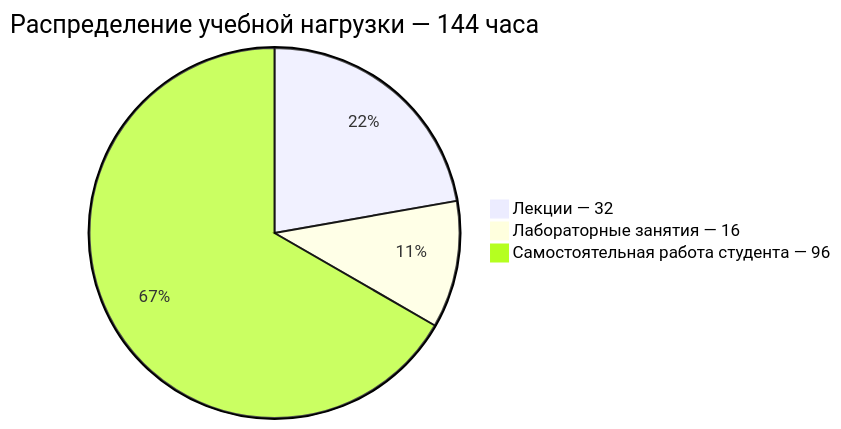
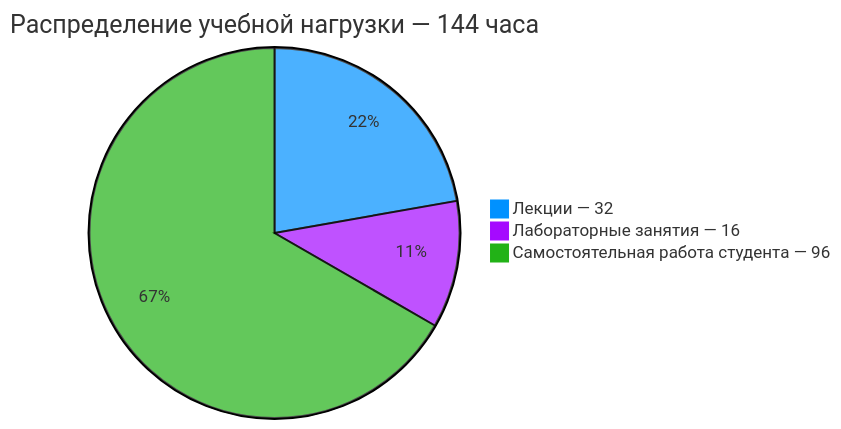
One commit to nolan-xnd/ITMO changed the diagram in Семестр 03/Архитектура компьютера/README.md. Above: the diagram before and after it, drawn with Mermaid. The commit also changed 7 other files, not shown here.

Commit message:
Fix chart colors

````diff
--- a/Семестр 03/Архитектура компьютера/README.md
+++ b/Семестр 03/Архитектура компьютера/README.md
@@ -10,7 +10,15 @@
 ```mermaid
-pie 
+---
+config:
+    theme: base
+    themeVariables:
+        pie1: '#0091ff'
+        pie2: '#a50aff'
+        pie3: '#22b217'
+---
+pie
     title Распределение учебной нагрузки — 144 часа
     "Лекции — 32" : 32
     "Лабораторные занятия — 16" : 16
     "Самостоятельная работа студента — 96" : 96
 ```
````
